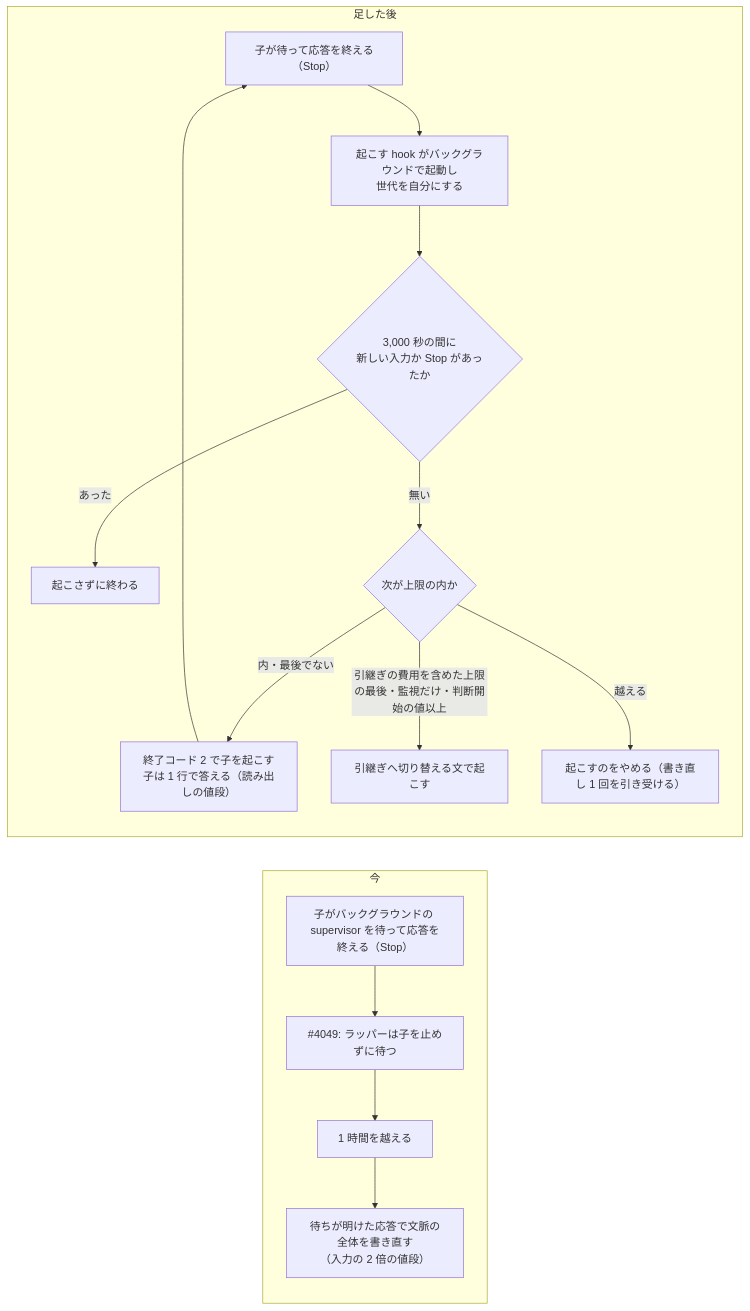
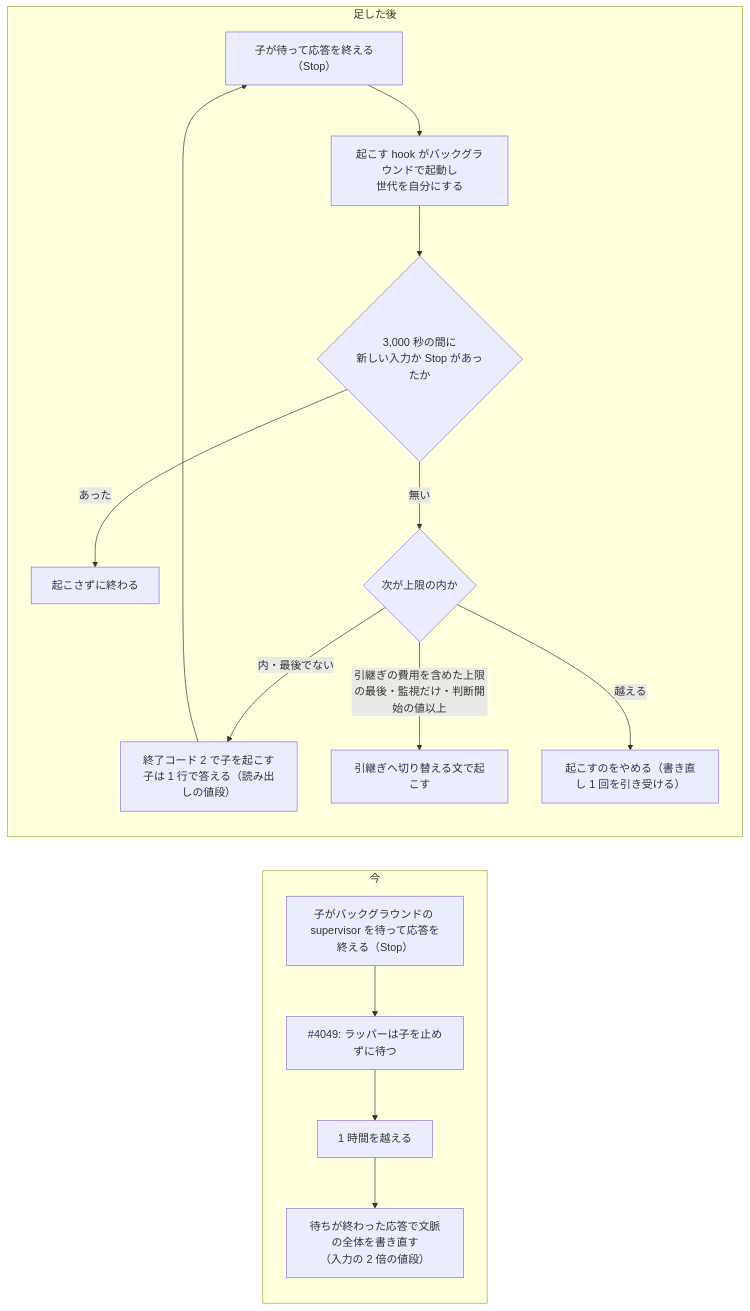
Before and after one commit to devbasex/ai-plugins: the first of 2 diagrams in issues/issue-4068-4199-design.md, drawn with Mermaid. The commit also changed other lines of this file and 4 other files, not shown here.

````diff
--- a/issues/issue-4068-4199-design.md
+++ b/issues/issue-4068-4199-design.md
@@ -24,18 +42,18 @@
 ```mermaid
 flowchart LR
   subgraph 今
     A1["子がバックグラウンドの supervisor を待って応答を終える（Stop）"] --> A2["#4049: ラッパーは子を止めずに待つ"]
     A2 --> A3["1 時間を越える"]
-    A3 --> A4["待ちが明けた応答で文脈の全体を書き直す<br>（入力の 2 倍の値段）"]
+    A3 --> A4["待ちが終わった応答で文脈の全体を書き直す<br>（入力の 2 倍の値段）"]
   end
   subgraph 足した後
     B1["子が待って応答を終える（Stop）"] --> B2["起こす hook がバックグラウンドで起動し<br>世代を自分にする"]
     B2 --> B3{"3,000 秒の間に<br>新しい入力か Stop があったか"}
     B3 -- あった --> B9["起こさずに終わる"]
     B3 -- 無い --> B4{"次が上限の内か"}
     B4 -- 内・最後でない --> B5["終了コード 2 で子を起こす<br>子は 1 行で答える（読み出しの値段）"]
     B5 --> B1
     B4 -- 引継ぎの費用を含めた上限の最後・監視だけ・判断開始の値以上 --> B6["引継ぎへ切り替える文で起こす"]
     B4 -- 越える --> B7["起こすのをやめる（書き直し 1 回を引き受ける）"]
   end
 ```
````
